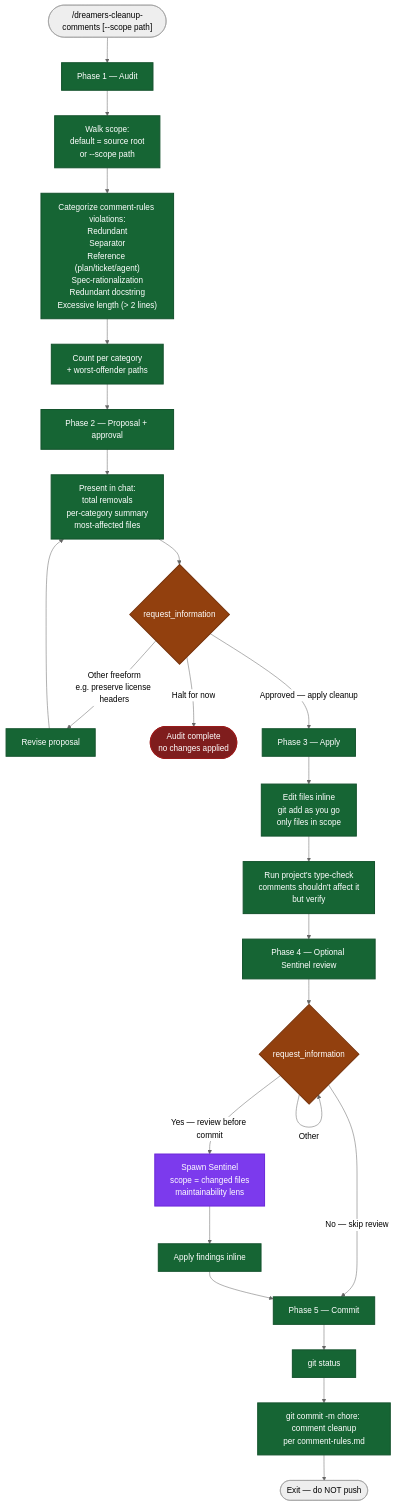
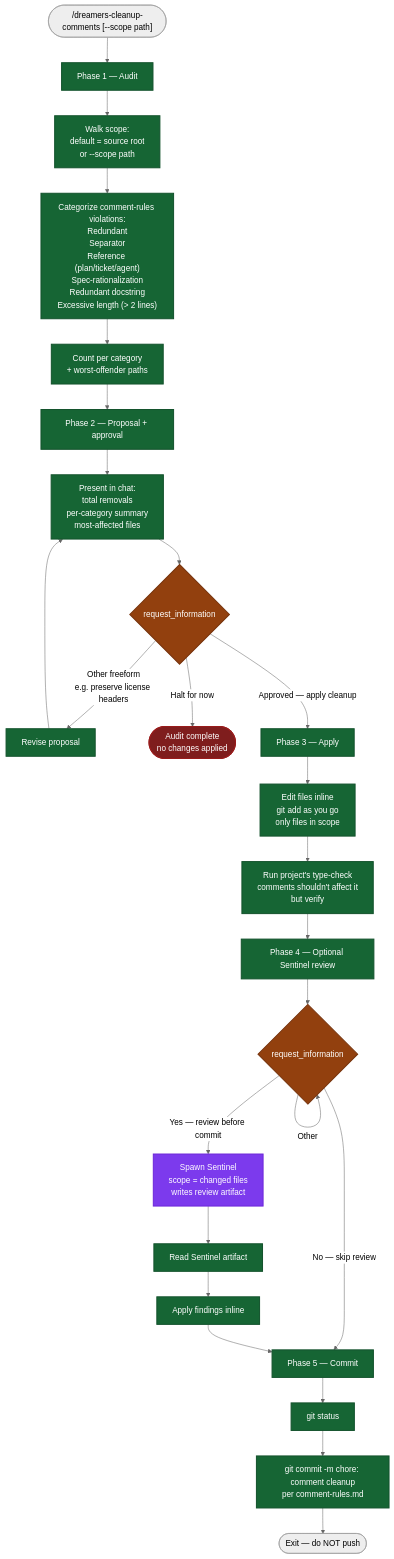
The diagram in .github/skills/dreamers-cleanup-comments/readme.md (mrStorrs/dreamers-copilot), drawn with Mermaid (neutral theme) before and after one commit. The commit also changed other lines of this file and 24 other files, not shown here.

````diff
--- a/.github/skills/dreamers-cleanup-comments/readme.md
+++ b/.github/skills/dreamers-cleanup-comments/readme.md
@@ -5,41 +5,42 @@
 ```mermaid
 flowchart TD
     Start(["/dreamers-cleanup-comments [--scope path]"]) --> P1
 
     P1["Phase 1 — Audit"] --> Walk["Walk scope:<br/>default = source root<br/>or --scope path"]
     Walk --> Categorize["Categorize comment-rules violations:<br/>Redundant<br/>Separator<br/>Reference (plan/ticket/agent)<br/>Spec-rationalization<br/>Redundant docstring<br/>Excessive length (> 2 lines)"]
     Categorize --> CountReport["Count per category<br/>+ worst-offender paths"]
     CountReport --> P2
 
     P2["Phase 2 — Proposal + approval"] --> Propose["Present in chat:<br/>total removals<br/>per-category summary<br/>most-affected files"]
     Propose --> ApprovalGate{"request_information"}
     ApprovalGate -->|"Other freeform<br/>e.g. preserve license headers"| Revise["Revise proposal"]
     Revise --> Propose
     ApprovalGate -->|Halt for now| HaltA(["Audit complete<br/>no changes applied"])
     ApprovalGate -->|Approved — apply cleanup| P3
 
     P3["Phase 3 — Apply"] --> Apply["Edit files inline<br/>git add as you go<br/>only files in scope"]
     Apply --> TypeCheck["Run project's type-check<br/>comments shouldn't affect it<br/>but verify"]
     TypeCheck --> P4
 
     P4["Phase 4 — Optional Sentinel review"] --> ReviewGate{"request_information"}
     ReviewGate -->|Other| ReviewGate
     ReviewGate -->|No — skip review| P5
-    ReviewGate -->|Yes — review before commit| SpawnSentinel["Spawn Sentinel<br/>scope = changed files<br/>maintainability lens"]
-    SpawnSentinel --> ApplyFindings["Apply findings inline"]
+    ReviewGate -->|Yes — review before commit| SpawnSentinel["Spawn Sentinel<br/>scope = changed files<br/>writes review artifact"]
+    SpawnSentinel --> ReadArtifact["Read Sentinel artifact"]
+    ReadArtifact --> ApplyFindings["Apply findings inline"]
     ApplyFindings --> P5
 
     P5["Phase 5 — Commit"] --> Status["git status"]
     Status --> Commit["git commit -m chore: comment cleanup<br/>per comment-rules.md"]
     Commit --> End(["Exit — do NOT push"])
 
     classDef gate fill:#92400e,stroke:#78350f,stroke-width:2px,color:#fff
     classDef halt fill:#7f1d1d,stroke:#991b1b,stroke-width:2px,color:#fff
     classDef phase fill:#166534,stroke:#14532d,stroke-width:2px,color:#fff
     classDef agent fill:#7c3aed,stroke:#6d28d9,stroke-width:2px,color:#fff
 
     class ApprovalGate,ReviewGate gate
     class HaltA halt
     class SpawnSentinel agent
-    class P1,P2,P3,P4,P5,Walk,Categorize,CountReport,Propose,Revise,Apply,TypeCheck,ApplyFindings,Status,Commit phase
+    class P1,P2,P3,P4,P5,Walk,Categorize,CountReport,Propose,Revise,Apply,TypeCheck,ReadArtifact,ApplyFindings,Status,Commit phase
 ```
````
